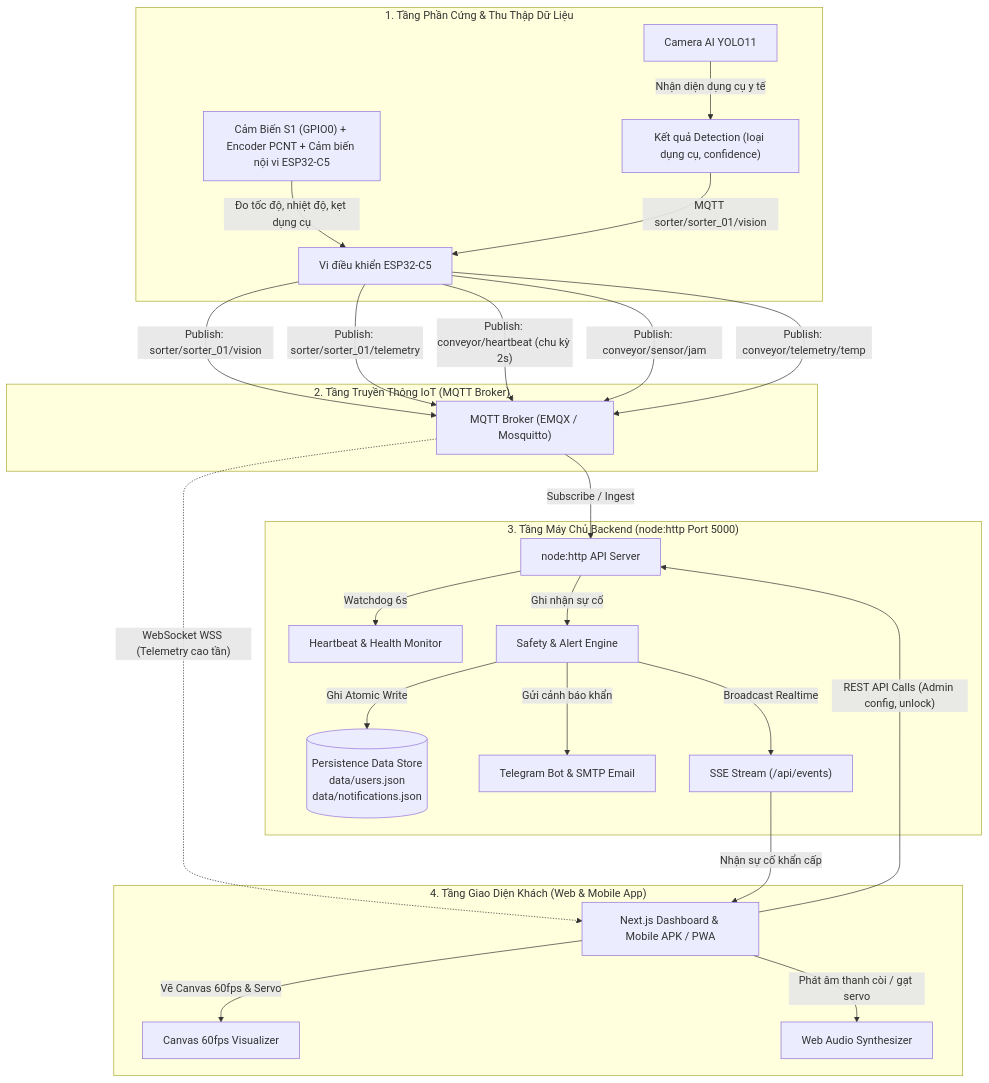
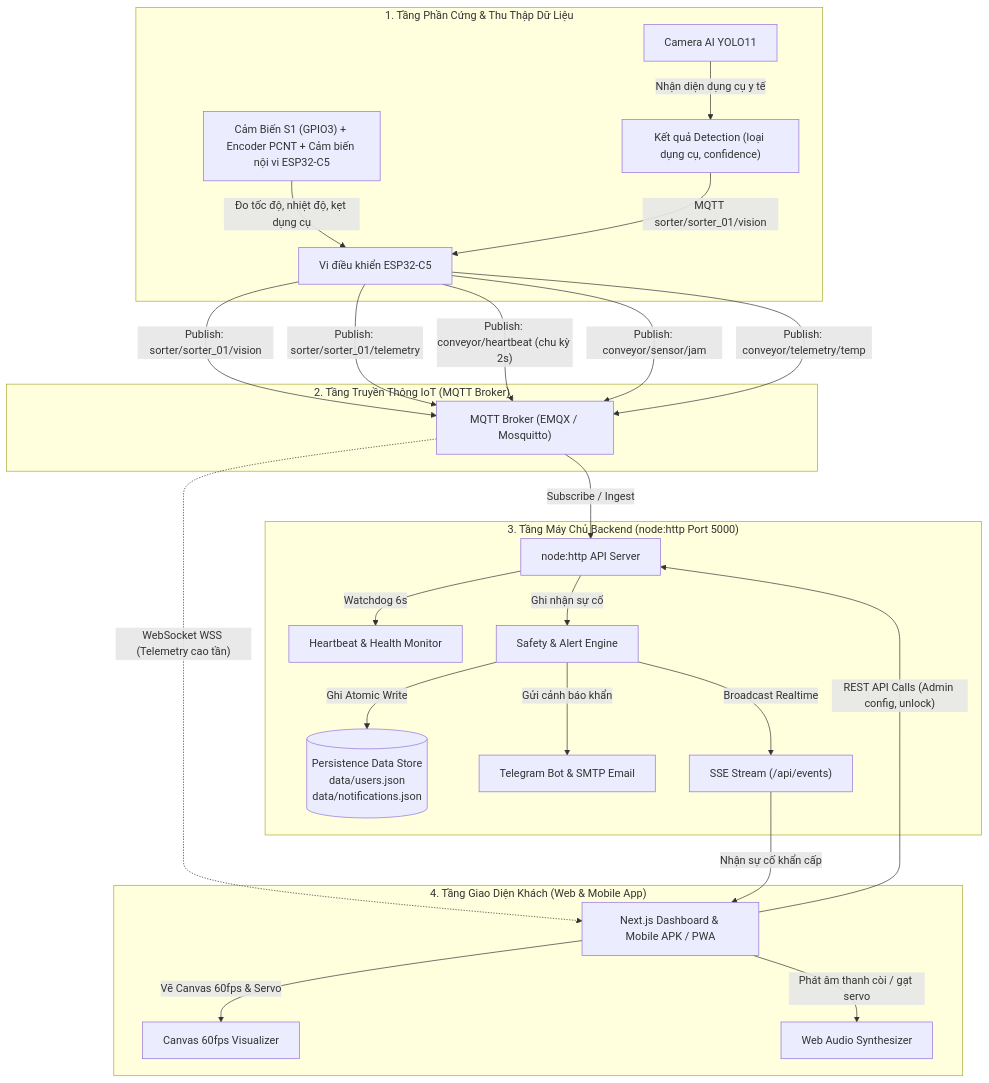
One commit to duyphong375/PBL3-SortiX-Med changed the first of 6 diagrams in SortiX-Dashboard/README.md. Above: the diagram before and after it, drawn with Mermaid. The commit also changed other lines of this file and 3111 other files, not shown here.

Commit message:
feat(v3.4.0): integrate 3-class YOLO11 AI camera server, update ESP32-C5 firmware calibration & GPIO7, sync SCADA dashboard, and add Khoidong scripts

````diff
--- a/SortiX-Dashboard/README.md
+++ b/SortiX-Dashboard/README.md
@@ -358,33 +364,33 @@
 ```mermaid
 flowchart TD
     subgraph HARDWARE_LAYER["1. Tầng Phần Cứng & Thu Thập Dữ Liệu"]
         CAM["Camera AI YOLO11"] -->|"Nhận diện dụng cụ y tế"| DETECT["Kết quả Detection (loại dụng cụ, confidence)"]
-        SENSORS["Cảm Biến S1 (GPIO0) + Encoder PCNT + Cảm biến nội vi ESP32-C5"] -->|"Đo tốc độ, nhiệt độ, kẹt dụng cụ"| ESP32["Vi điều khiển ESP32-C5"]
+        SENSORS["Cảm Biến S1 (GPIO3) + Encoder PCNT + Cảm biến nội vi ESP32-C5"] -->|"Đo tốc độ, nhiệt độ, kẹt dụng cụ"| ESP32["Vi điều khiển ESP32-C5"]
         DETECT -->|"MQTT sorter/sorter_01/vision"| ESP32
     end
 
     subgraph IOT_COMMUNICATION["2. Tầng Truyền Thông IoT (MQTT Broker)"]
         ESP32 -->|"Publish: sorter/sorter_01/vision"| BROKER["MQTT Broker (EMQX / Mosquitto)"]
         ESP32 -->|"Publish: sorter/sorter_01/telemetry"| BROKER
         ESP32 -->|"Publish: conveyor/heartbeat (chu kỳ 2s)"| BROKER
         ESP32 -->|"Publish: conveyor/sensor/jam"| BROKER
         ESP32 -->|"Publish: conveyor/telemetry/temp"| BROKER
     end
 
     subgraph SERVER_LAYER["3. Tầng Máy Chủ Backend (node:http Port 5000)"]
         BROKER -->|"Subscribe / Ingest"| BACKEND["node:http API Server"]
         BACKEND -->|"Watchdog 6s"| HEARTBEAT_MONITOR["Heartbeat & Health Monitor"]
         BACKEND -->|"Ghi nhận sự cố"| SAFETY_SVC["Safety & Alert Engine"]
         SAFETY_SVC -->|"Ghi Atomic Write"| DB_STORE[("Persistence Data Store\ndata/users.json\ndata/notifications.json")]
         SAFETY_SVC -->|"Gửi cảnh báo khẩn"| ALERT_CHANNELS["Telegram Bot & SMTP Email"]
         SAFETY_SVC -->|"Broadcast Realtime"| SSE_STREAM["SSE Stream (/api/events)"]
     end
 
     subgraph CLIENT_LAYER["4. Tầng Giao Diện Khách (Web & Mobile App)"]
         BROKER -.->|"WebSocket WSS (Telemetry cao tần)"| CLIENTS["Next.js Dashboard & Mobile APK / PWA"]
         SSE_STREAM -->|"Nhận sự cố khẩn cấp"| CLIENTS
         CLIENTS -->|"Vẽ Canvas 60fps & Servo"| CANVAS["Canvas 60fps Visualizer"]
         CLIENTS -->|"Phát âm thanh còi / gạt servo"| AUDIO["Web Audio Synthesizer"]
         CLIENTS -->|"REST API Calls (Admin config, unlock)"| BACKEND
     end
 ```
````
